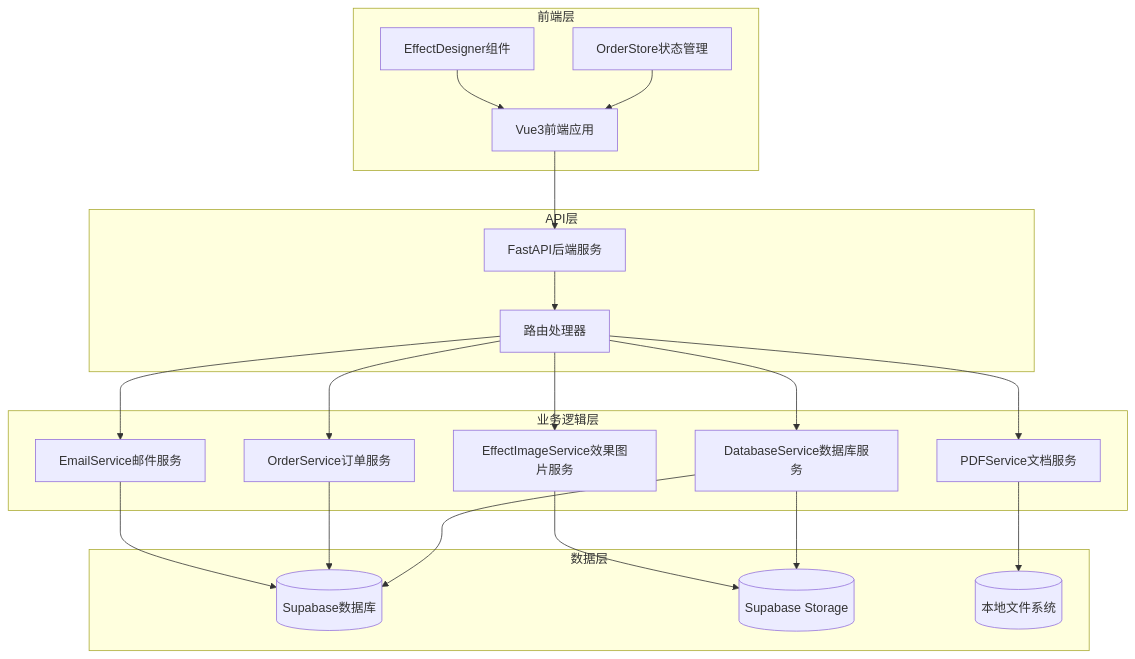
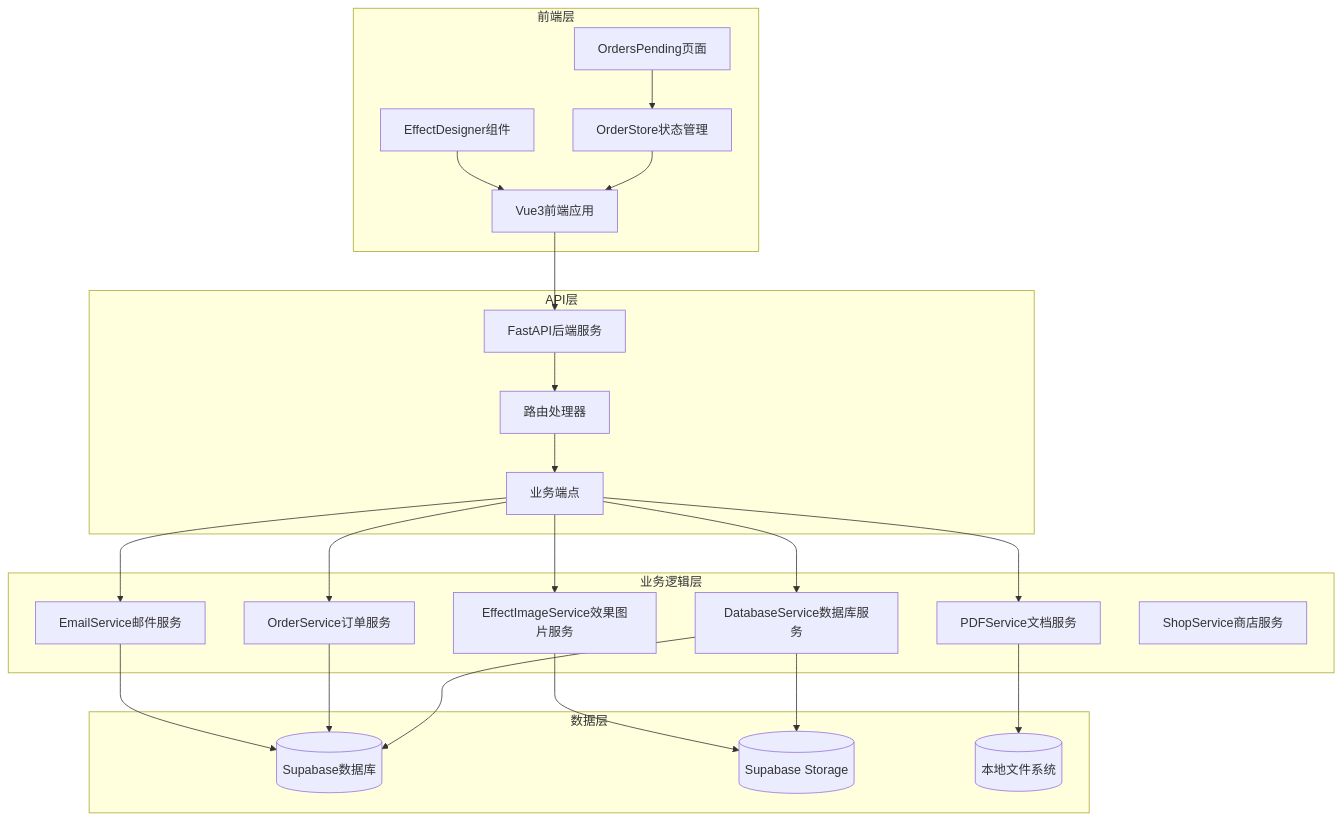
The first of 11 diagrams in .qoder/repowiki/zh/content/开发指南/订单处理工作流增强.md (SY6621/POD-Order-Management), drawn with Mermaid before and after one commit. The commit also changed other lines of this file and 16 other files, not shown here.

````diff
--- a/.qoder/repowiki/zh/content/开发指南/订单处理工作流增强.md
+++ b/.qoder/repowiki/zh/content/开发指南/订单处理工作流增强.md
@@ -50,39 +60,44 @@
 ```mermaid
 graph TB
 subgraph "前端层"
 FE[Vue3前端应用]
 ED[EffectDesigner组件]
 OS[OrderStore状态管理]
+OP[OrdersPending页面]
 end
 subgraph "API层"
 API[FastAPI后端服务]
 ROUTES[路由处理器]
+ENDPOINTS[业务端点]
 end
 subgraph "业务逻辑层"
 ES[EmailService邮件服务]
 ODS[OrderService订单服务]
 EIS[EffectImageService效果图片服务]
 PDF[PDFService文档服务]
 DS[DatabaseService数据库服务]
+SHOPS[ShopService商店服务]
 end
 subgraph "数据层"
 DB[(Supabase数据库)]
 STORAGE[(Supabase Storage)]
 FS[(本地文件系统)]
 end
 FE --> API
 ED --> FE
 OS --> FE
+OP --> OS
 API --> ROUTES
-ROUTES --> ES
-ROUTES --> ODS
-ROUTES --> EIS
-ROUTES --> PDF
-ROUTES --> DS
+ROUTES --> ENDPOINTS
+ENDPOINTS --> ES
+ENDPOINTS --> ODS
+ENDPOINTS --> EIS
+ENDPOINTS --> PDF
+ENDPOINTS --> DS
 ES --> DB
 ODS --> DB
 EIS --> STORAGE
 PDF --> FS
 DS --> DB
 DS --> STORAGE
 ```
````
